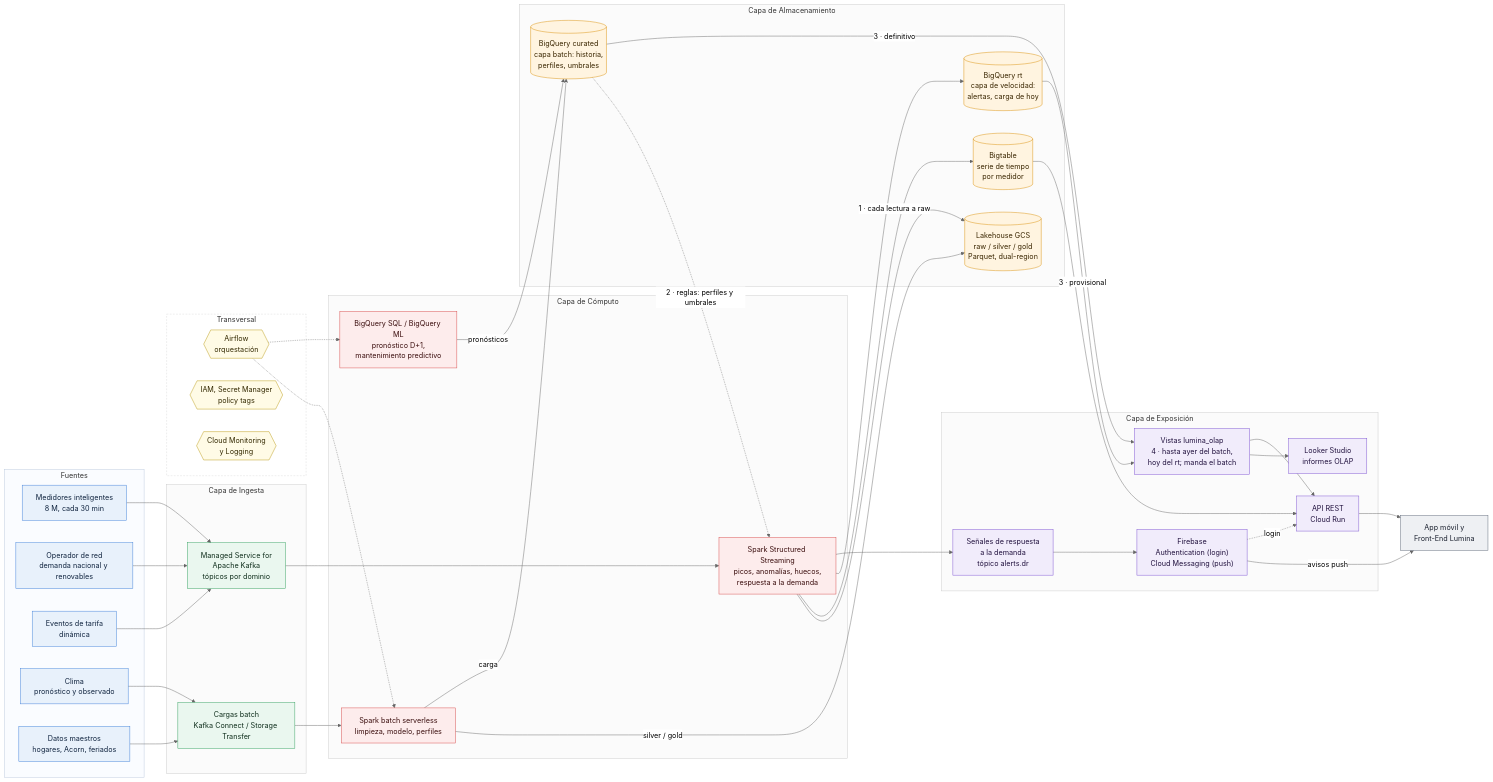
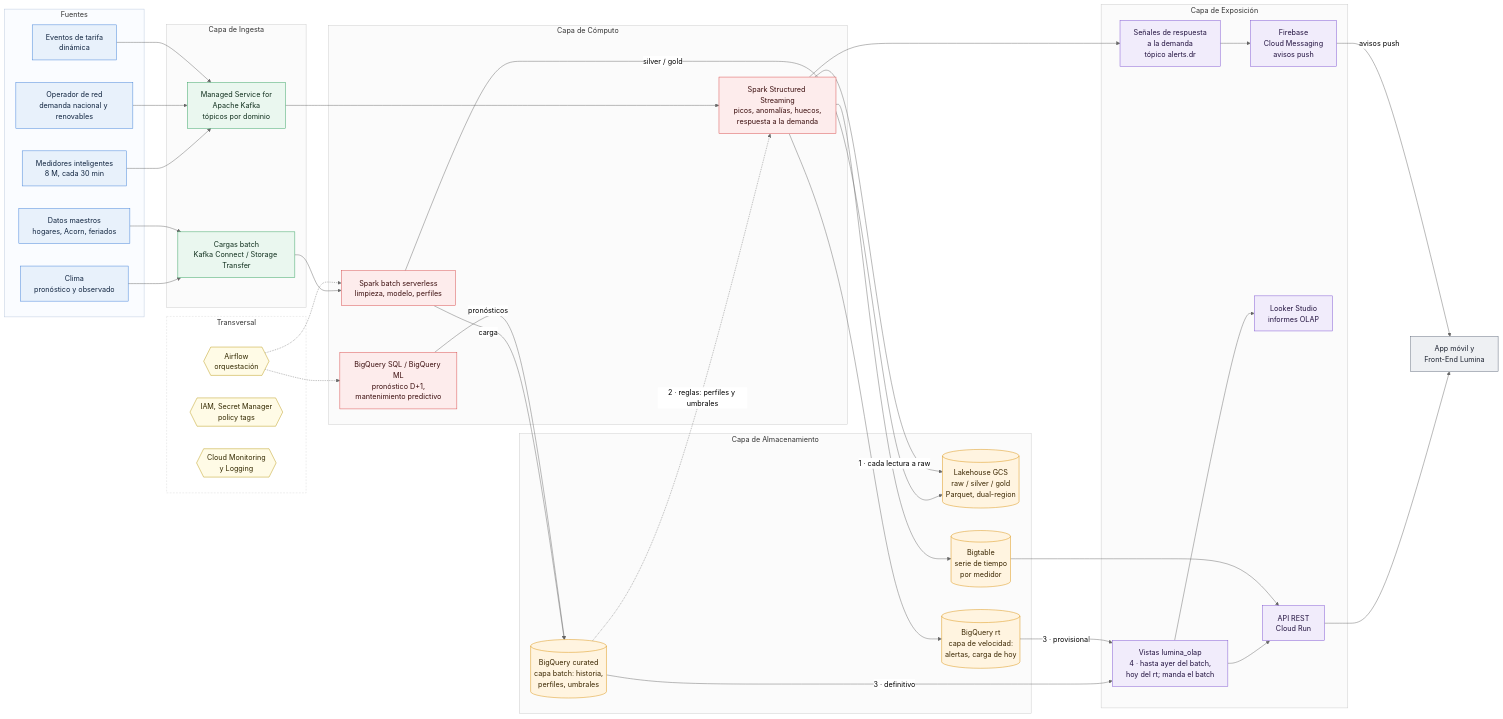
Before and after one commit to Diego9828/dataenergia-lumina: the diagram in docs/entrega1/diagrama_capas.mmd, drawn with Mermaid (neutral theme). The commit also changed 3 other files, not shown here.

First line of the commit message:
Entrega 1: Firebase solo para avisos push; el login es de Lumina

```diff
--- a/docs/entrega1/diagrama_capas.mmd
+++ b/docs/entrega1/diagrama_capas.mmd
@@ -1,90 +1,89 @@
 flowchart LR
   subgraph SRC["Fuentes"]
     F1["Medidores inteligentes<br/>8 M, cada 30 min"]
     F2["Operador de red<br/>demanda nacional y renovables"]
     F3["Eventos de tarifa<br/>dinámica"]
     F4["Clima<br/>pronóstico y observado"]
     F5["Datos maestros<br/>hogares, Acorn, feriados"]
   end
 
   subgraph ING["Capa de Ingesta"]
     I1["Managed Service for<br/>Apache Kafka<br/>tópicos por dominio"]
     I2["Cargas batch<br/>Kafka Connect / Storage Transfer"]
   end
 
   subgraph COMP["Capa de Cómputo"]
     C1["Spark Structured Streaming<br/>picos, anomalías, huecos,<br/>respuesta a la demanda"]
     C2["Spark batch serverless<br/>limpieza, modelo, perfiles"]
     C3["BigQuery SQL / BigQuery ML<br/>pronóstico D+1,<br/>mantenimiento predictivo"]
   end
 
   subgraph ALM["Capa de Almacenamiento"]
     A1[("Lakehouse GCS<br/>raw / silver / gold<br/>Parquet, dual-region")]
     A2[("BigQuery curated<br/>capa batch: historia,<br/>perfiles, umbrales")]
     A4[("BigQuery rt<br/>capa de velocidad:<br/>alertas, carga de hoy")]
     A3[("Bigtable<br/>serie de tiempo<br/>por medidor")]
   end
 
   subgraph EXP["Capa de Exposición"]
     E0["Vistas lumina_olap<br/>4 · hasta ayer del batch,<br/>hoy del rt; manda el batch"]
     E1["API REST<br/>Cloud Run"]
     E2["Looker Studio<br/>informes OLAP"]
     E3["Señales de respuesta<br/>a la demanda<br/>tópico alerts.dr"]
-    E4["Firebase<br/>Authentication (login)<br/>Cloud Messaging (push)"]
+    E4["Firebase<br/>Cloud Messaging<br/>avisos push"]
   end
 
   subgraph TRV["Transversal"]
     T1{{"Airflow<br/>orquestación"}}
     T2{{"IAM, Secret Manager<br/>policy tags"}}
     T3{{"Cloud Monitoring<br/>y Logging"}}
   end
 
   APP["App móvil y<br/>Front-End Lumina"]
 
   F1 --> I1
   F2 --> I1
   F3 --> I1
   F4 --> I2
   F5 --> I2
   I1 --> C1
   I2 --> C2
   C2 -->|silver / gold| A1
   C2 -->|carga| A2
   C1 -->|1 · cada lectura a raw| A1
   C1 --> A3
   C1 --> A4
   C1 --> E3
   C3 -->|pronósticos| A2
   A2 -.->|2 · reglas: perfiles y umbrales| C1
   A2 -->|3 · definitivo| E0
   A4 -->|3 · provisional| E0
   E0 --> E2
   E0 --> E1
   A3 --> E1
   E1 --> APP
   E3 --> E4
   E4 -->|avisos push| APP
-  E4 -.->|login| E1
   T1 -.-> C2
   T1 -.-> C3
 
   classDef src fill:#E8F1FB,stroke:#3B7DD8,color:#10243F
   classDef ing fill:#EAF7EF,stroke:#2E9E5B,color:#0F2E1C
   classDef comp fill:#FDECEC,stroke:#D64545,color:#3B0E0E
   classDef alm fill:#FFF4E0,stroke:#D98E04,color:#3A2600
   classDef exp fill:#F1ECFB,stroke:#7A4FD0,color:#22123F
   classDef trv fill:#FFFBE6,stroke:#B8960C,color:#332900
   classDef app fill:#EEF0F3,stroke:#5B6575,color:#1C2230
   class F1,F2,F3,F4,F5 src
   class I1,I2 ing
   class C1,C2,C3 comp
   class A1,A2,A3,A4 alm
   class E0,E1,E2,E3,E4 exp
   class T1,T2,T3 trv
   class APP app
   style SRC fill:#FAFCFF,stroke:#B8C7DC
   style ING fill:#FBFBFB,stroke:#C9C9C9
   style COMP fill:#FBFBFB,stroke:#C9C9C9
   style ALM fill:#FBFBFB,stroke:#C9C9C9
   style EXP fill:#FBFBFB,stroke:#C9C9C9
   style TRV fill:#FFFFFF,stroke:#D9D9D9,stroke-dasharray: 4 3
```
